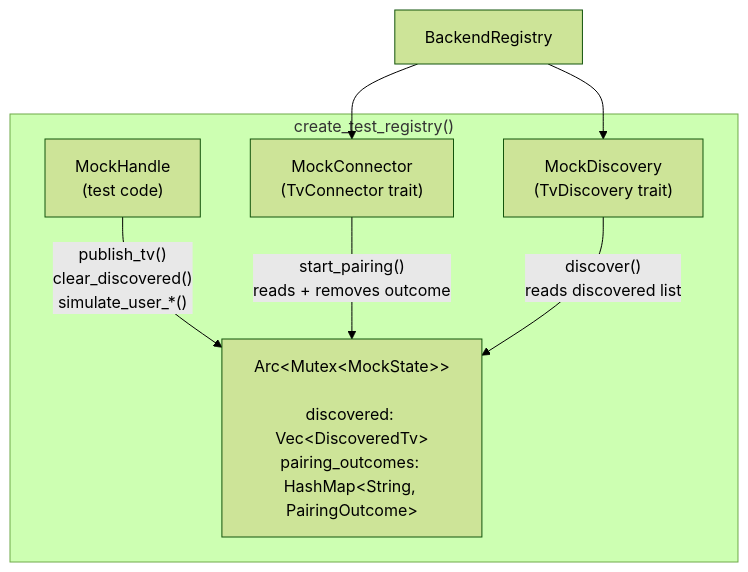
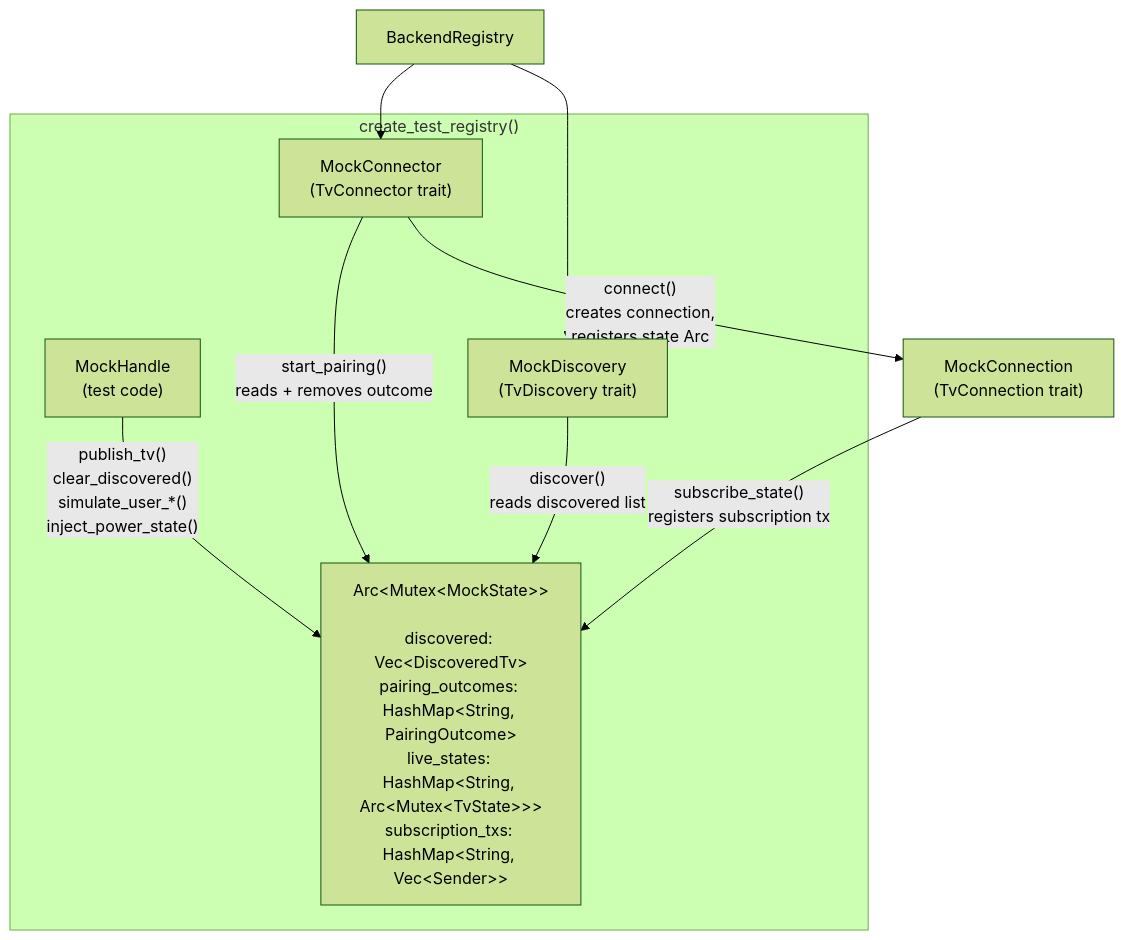
One commit to TisVlay/TisVlay changed the second of 7 diagrams in docs/testing.md. Above: the diagram before and after it, drawn with Mermaid (forest theme). The commit also changed other lines of this file and 32 other files, not shown here.

````diff
--- a/docs/testing.md
+++ b/docs/testing.md
@@ -159,22 +166,25 @@
 ```mermaid
 flowchart TD
-    STATE["Arc&lt;Mutex&lt;MockState&gt;&gt;<br/><br/>discovered: Vec&lt;DiscoveredTv&gt;<br/>pairing_outcomes: HashMap&lt;String, PairingOutcome&gt;"]
+    STATE["Arc&lt;Mutex&lt;MockState&gt;&gt;<br/><br/>discovered: Vec&lt;DiscoveredTv&gt;<br/>pairing_outcomes: HashMap&lt;String, PairingOutcome&gt;<br/>live_states: HashMap&lt;String, Arc&lt;Mutex&lt;TvState&gt;&gt;&gt;<br/>subscription_txs: HashMap&lt;String, Vec&lt;Sender&gt;&gt;"]
 
     HANDLE["MockHandle<br/>(test code)"]
     CONN["MockConnector<br/>(TvConnector trait)"]
     DISC["MockDiscovery<br/>(TvDiscovery trait)"]
+    MC["MockConnection<br/>(TvConnection trait)"]
 
-    HANDLE -- "publish_tv()<br/>clear_discovered()<br/>simulate_user_*()" --> STATE
+    HANDLE -- "publish_tv()<br/>clear_discovered()<br/>simulate_user_*()<br/>inject_power_state()" --> STATE
     CONN -- "start_pairing()<br/>reads + removes outcome" --> STATE
+    CONN -- "connect()<br/>creates connection,<br/>registers state Arc" --> MC
+    MC -- "subscribe_state()<br/>registers subscription tx" --> STATE
     DISC -- "discover()<br/>reads discovered list" --> STATE
 
     REG["BackendRegistry"] --> CONN
     REG --> DISC
 
     subgraph "create_test_registry()"
         STATE
         HANDLE
         CONN
         DISC
     end
 ```
````
